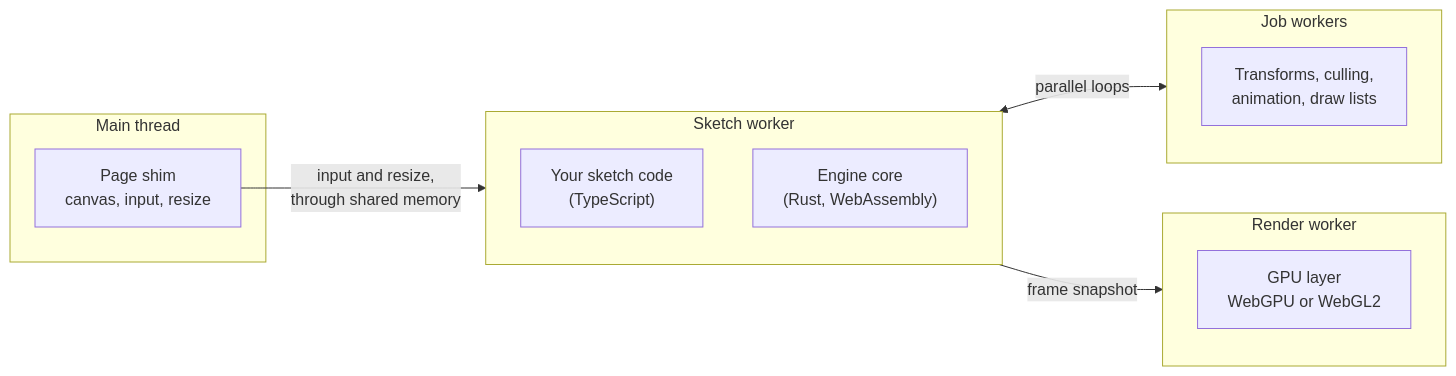
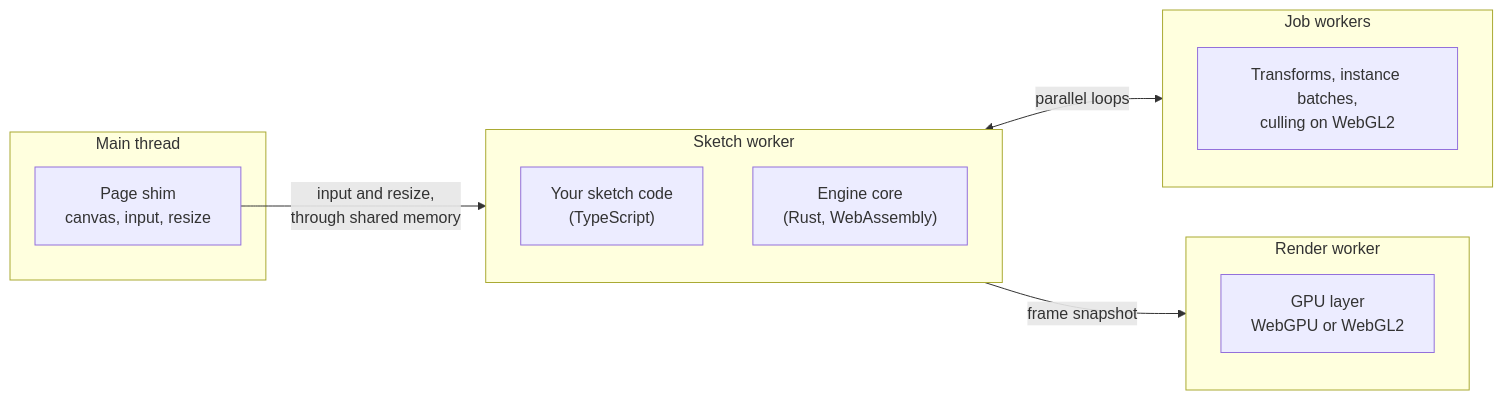
Before and after one commit to null3d-engine/null3d: the diagram in docs/concepts/architecture.md, drawn with Mermaid. The commit also changed other lines of this file and 2 other files, not shown here.

First line of the commit message:
docs: mark the culling and architecture pages as shipping in 0.1

````diff
--- a/docs/concepts/architecture.md
+++ b/docs/concepts/architecture.md
@@ -13,19 +13,19 @@
 ```mermaid
 flowchart LR
     subgraph main["Main thread"]
         shim["Page shim<br/>canvas, input, resize"]
     end
     subgraph sketch["Sketch worker"]
         code["Your sketch code<br/>(TypeScript)"]
         core["Engine core<br/>(Rust, WebAssembly)"]
     end
     subgraph jobs["Job workers"]
-        work["Transforms, culling,<br/>animation, draw lists"]
+        work["Transforms, instance batches,<br/>culling on WebGL2"]
     end
     subgraph render["Render worker"]
         gpu["GPU layer<br/>WebGPU or WebGL2"]
     end
     shim -- "input and resize,<br/>through shared memory" --> sketch
     sketch <-- "parallel loops" --> jobs
     sketch -- "frame snapshot" --> render
 ```
````
